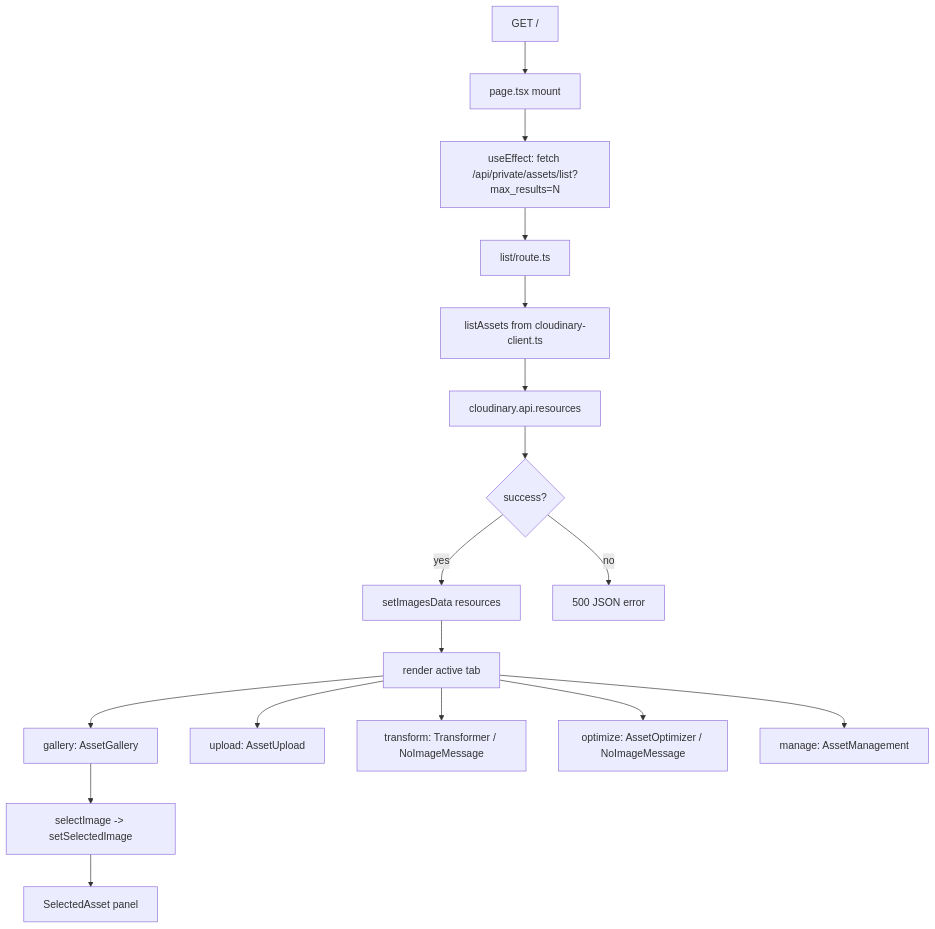
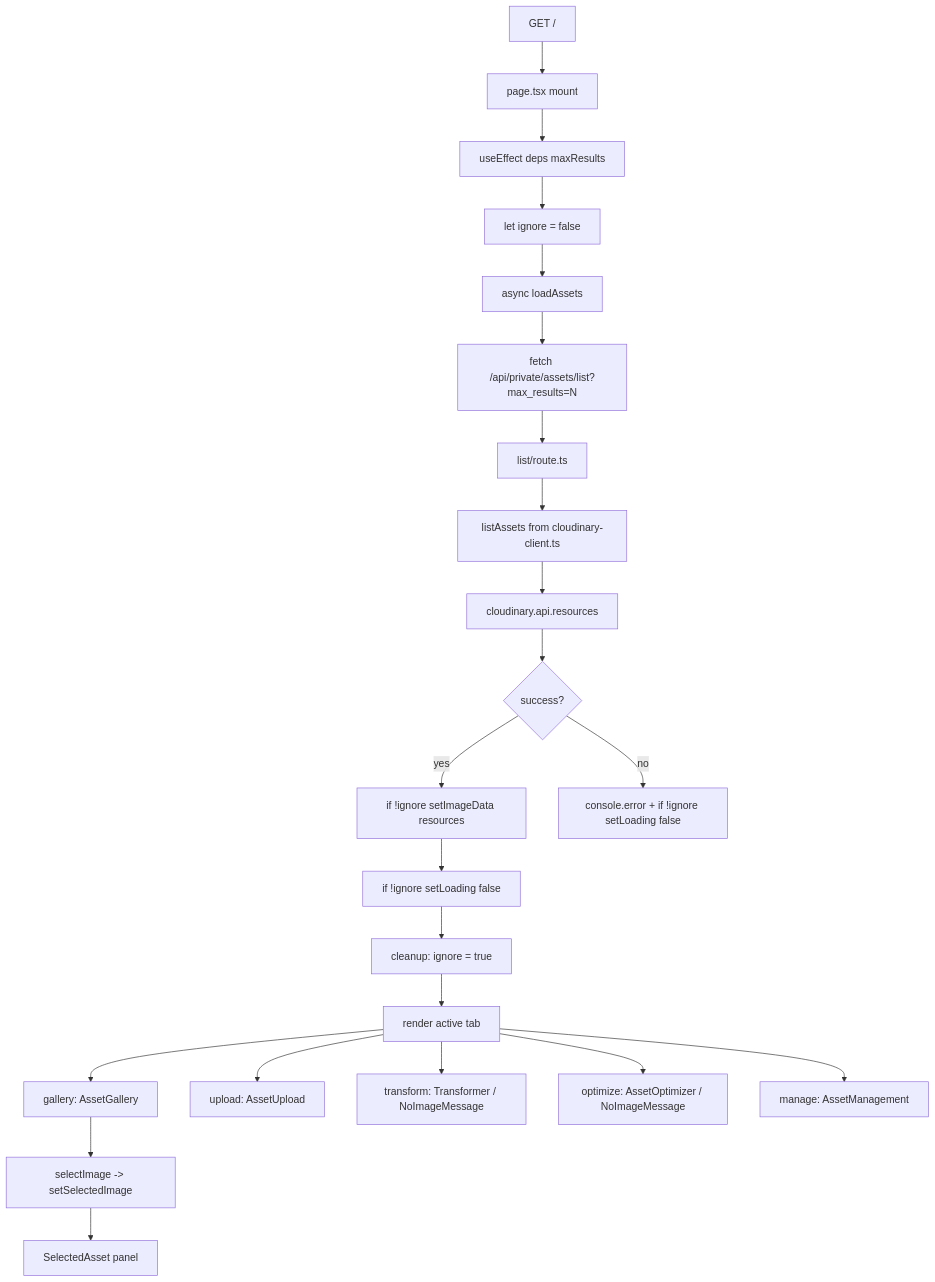
The first of 4 diagrams in .workspace/LFI/DIAGRAMS.md (coderooz/cloudinary-next), drawn with Mermaid before and after one commit. The commit also changed other lines of this file and 47 other files, not shown here.

````diff
--- a/.workspace/LFI/DIAGRAMS.md
+++ b/.workspace/LFI/DIAGRAMS.md
@@ -13,19 +13,24 @@
 ```mermaid
 flowchart TD
     A[GET /] --> B[page.tsx mount]
-    B --> C[useEffect: fetch /api/private/assets/list?max_results=N]
-    C --> D[list/route.ts]
-    D --> E[listAssets from cloudinary-client.ts]
-    E --> F[cloudinary.api.resources]
-    F --> G{success?}
-    G -->|yes| H[setImagesData resources]
-    G -->|no| I[500 JSON error]
-    H --> J[render active tab]
-    J --> K[gallery: AssetGallery]
-    J --> L[upload: AssetUpload]
-    J --> M[transform: Transformer / NoImageMessage]
-    J --> N[optimize: AssetOptimizer / NoImageMessage]
-    J --> O[manage: AssetManagement]
-    K --> P[selectImage -> setSelectedImage]
-    P --> Q[SelectedAsset panel]
+    B --> C[useEffect deps maxResults]
+    C --> C1[let ignore = false]
+    C1 --> C2[async loadAssets]
+    C2 --> D[fetch /api/private/assets/list?max_results=N]
+    D --> E[list/route.ts]
+    E --> F[listAssets from cloudinary-client.ts]
+    F --> G[cloudinary.api.resources]
+    G --> H{success?}
+    H -->|yes| I[if !ignore setImageData resources]
+    H -->|no| J[console.error + if !ignore setLoading false]
+    I --> K[if !ignore setLoading false]
+    K --> L[cleanup: ignore = true]
+    L --> M[render active tab]
+    M --> N[gallery: AssetGallery]
+    M --> O[upload: AssetUpload]
+    M --> P[transform: Transformer / NoImageMessage]
+    M --> Q[optimize: AssetOptimizer / NoImageMessage]
+    M --> R[manage: AssetManagement]
+    N --> S[selectImage -> setSelectedImage]
+    S --> T[SelectedAsset panel]
 ```
````
